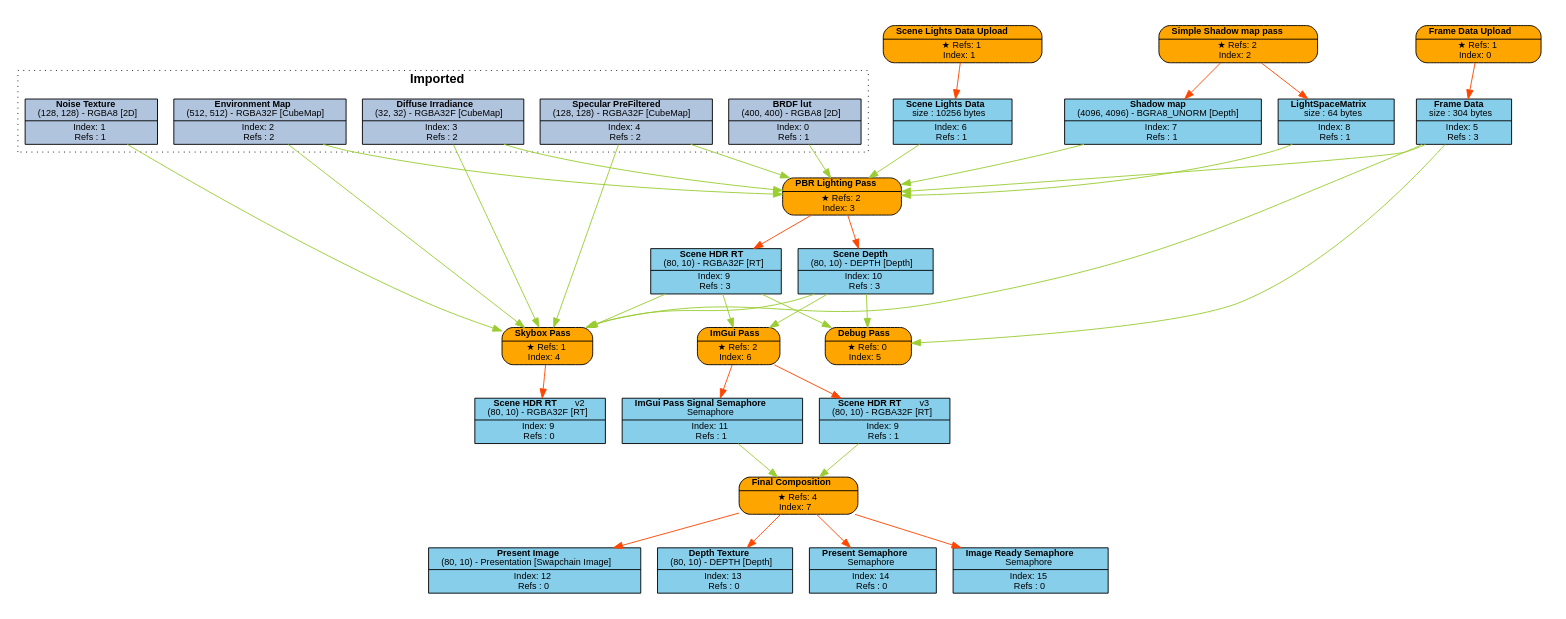
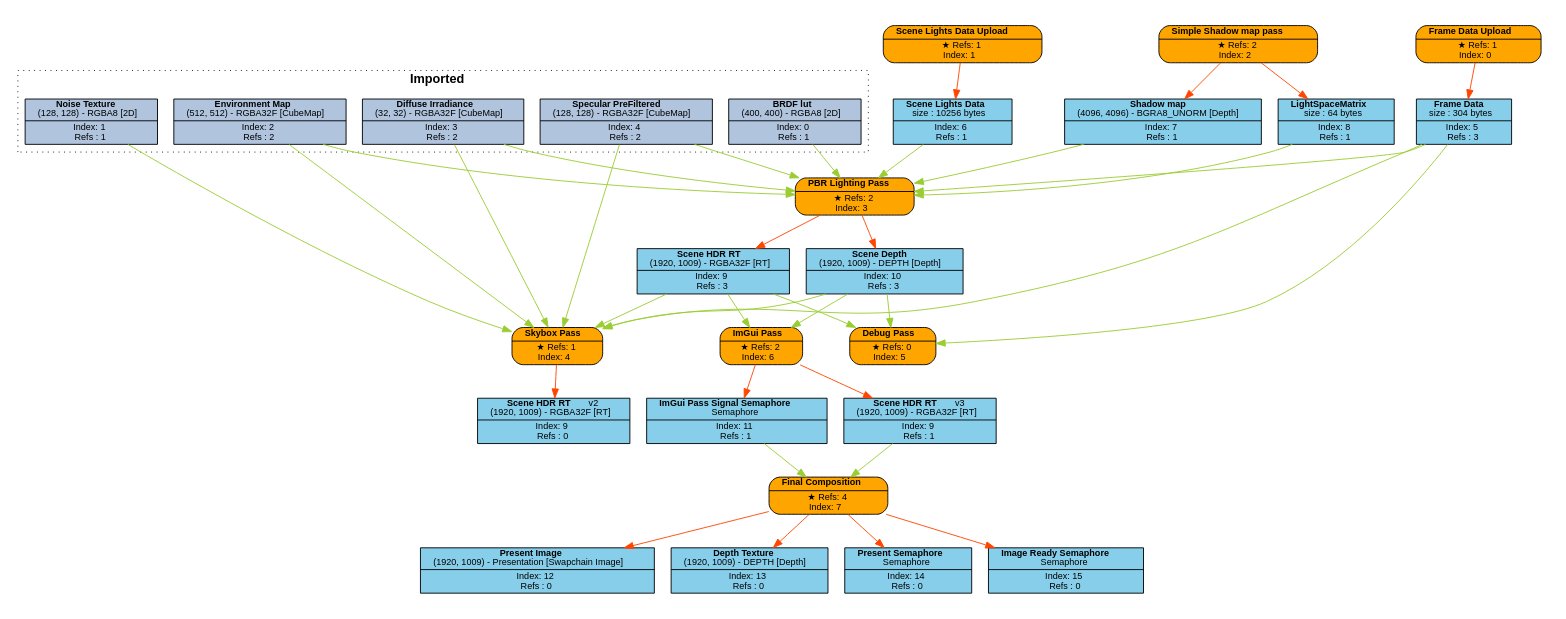
One commit to Pikachuxxxx/Razix changed the diagram in Engine/content/FrameGraphs/pbr_lighting_test.dot. Above: the diagram before and after it, drawn with Graphviz. The commit also changed 51 other files, not shown here.

```diff
--- a/Engine/content/FrameGraphs/pbr_lighting_test.dot
+++ b/Engine/content/FrameGraphs/pbr_lighting_test.dot
@@ -1,91 +1,91 @@
 digraph FrameGraph {
 graph [style=invis, rankdir="TB" ordering=out, splines=spline]
 node [shape=record, fontname="helvetica", fontsize=10, margin="0.2,0.03"]
 
 P0 [label=<{ {<B>Frame Data Upload</B>} | {&#x2605; Refs: 1<BR/> Index: 0} }> style="rounded,filled", fillcolor=orange]
 P1 [label=<{ {<B>Scene Lights Data Upload</B>} | {&#x2605; Refs: 1<BR/> Index: 1} }> style="rounded,filled", fillcolor=orange]
 P2 [label=<{ {<B>Simple Shadow map pass</B>} | {&#x2605; Refs: 2<BR/> Index: 2} }> style="rounded,filled", fillcolor=orange]
 P3 [label=<{ {<B>PBR Lighting Pass</B>} | {&#x2605; Refs: 2<BR/> Index: 3} }> style="rounded,filled", fillcolor=orange]
 P4 [label=<{ {<B>Skybox Pass</B>} | {&#x2605; Refs: 1<BR/> Index: 4} }> style="rounded,filled", fillcolor=orange]
 P5 [label=<{ {<B>Debug Pass</B>} | {&#x2605; Refs: 0<BR/> Index: 5} }> style="rounded,filled", fillcolor=orange]
 P6 [label=<{ {<B>ImGui Pass</B>} | {&#x2605; Refs: 2<BR/> Index: 6} }> style="rounded,filled", fillcolor=orange]
 P7 [label=<{ {<B>Final Composition</B>} | {&#x2605; Refs: 4<BR/> Index: 7} }> style="rounded,filled", fillcolor=orange]
 
 R0_1 [label=<{ {<B>BRDF lut</B><BR/>(400, 400) - RGBA8 [2D]} | {Index: 0<BR/>Refs : 1} }> style=filled, fillcolor=lightsteelblue]
 R1_1 [label=<{ {<B>Noise Texture</B><BR/>(128, 128) - RGBA8 [2D]} | {Index: 1<BR/>Refs : 1} }> style=filled, fillcolor=lightsteelblue]
 R2_1 [label=<{ {<B>Environment Map</B><BR/>(512, 512) - RGBA32F [CubeMap]} | {Index: 2<BR/>Refs : 2} }> style=filled, fillcolor=lightsteelblue]
 R3_1 [label=<{ {<B>Diffuse Irradiance</B><BR/>(32, 32) - RGBA32F [CubeMap]} | {Index: 3<BR/>Refs : 2} }> style=filled, fillcolor=lightsteelblue]
 R4_1 [label=<{ {<B>Specular PreFiltered</B><BR/>(128, 128) - RGBA32F [CubeMap]} | {Index: 4<BR/>Refs : 2} }> style=filled, fillcolor=lightsteelblue]
 R5_1 [label=<{ {<B>Frame Data</B><BR/>size : 304 bytes} | {Index: 5<BR/>Refs : 3} }> style=filled, fillcolor=skyblue]
 R6_1 [label=<{ {<B>Scene Lights Data</B><BR/>size : 10256 bytes} | {Index: 6<BR/>Refs : 1} }> style=filled, fillcolor=skyblue]
 R7_1 [label=<{ {<B>Shadow map</B><BR/>(4096, 4096) - BGRA8_UNORM [Depth]} | {Index: 7<BR/>Refs : 1} }> style=filled, fillcolor=skyblue]
 R8_1 [label=<{ {<B>LightSpaceMatrix</B><BR/>size : 64 bytes} | {Index: 8<BR/>Refs : 1} }> style=filled, fillcolor=skyblue]
-R9_1 [label=<{ {<B>Scene HDR RT</B><BR/>(80, 10) - RGBA32F [RT]} | {Index: 9<BR/>Refs : 3} }> style=filled, fillcolor=skyblue]
-R10_1 [label=<{ {<B>Scene Depth</B><BR/>(80, 10) - DEPTH [Depth]} | {Index: 10<BR/>Refs : 3} }> style=filled, fillcolor=skyblue]
-R9_2 [label=<{ {<B>Scene HDR RT</B>   <FONT>v2</FONT><BR/>(80, 10) - RGBA32F [RT]} | {Index: 9<BR/>Refs : 0} }> style=filled, fillcolor=skyblue]
+R9_1 [label=<{ {<B>Scene HDR RT</B><BR/>(1920, 1009) - RGBA32F [RT]} | {Index: 9<BR/>Refs : 3} }> style=filled, fillcolor=skyblue]
+R10_1 [label=<{ {<B>Scene Depth</B><BR/>(1920, 1009) - DEPTH [Depth]} | {Index: 10<BR/>Refs : 3} }> style=filled, fillcolor=skyblue]
+R9_2 [label=<{ {<B>Scene HDR RT</B>   <FONT>v2</FONT><BR/>(1920, 1009) - RGBA32F [RT]} | {Index: 9<BR/>Refs : 0} }> style=filled, fillcolor=skyblue]
 R11_1 [label=<{ {<B>ImGui Pass Signal Semaphore</B><BR/>Semaphore} | {Index: 11<BR/>Refs : 1} }> style=filled, fillcolor=skyblue]
-R9_3 [label=<{ {<B>Scene HDR RT</B>   <FONT>v3</FONT><BR/>(80, 10) - RGBA32F [RT]} | {Index: 9<BR/>Refs : 1} }> style=filled, fillcolor=skyblue]
-R12_1 [label=<{ {<B>Present Image</B><BR/>(80, 10) - Presentation [Swapchain Image]} | {Index: 12<BR/>Refs : 0} }> style=filled, fillcolor=skyblue]
-R13_1 [label=<{ {<B>Depth Texture</B><BR/>(80, 10) - DEPTH [Depth]} | {Index: 13<BR/>Refs : 0} }> style=filled, fillcolor=skyblue]
+R9_3 [label=<{ {<B>Scene HDR RT</B>   <FONT>v3</FONT><BR/>(1920, 1009) - RGBA32F [RT]} | {Index: 9<BR/>Refs : 1} }> style=filled, fillcolor=skyblue]
+R12_1 [label=<{ {<B>Present Image</B><BR/>(1920, 1009) - Presentation [Swapchain Image]} | {Index: 12<BR/>Refs : 0} }> style=filled, fillcolor=skyblue]
+R13_1 [label=<{ {<B>Depth Texture</B><BR/>(1920, 1009) - DEPTH [Depth]} | {Index: 13<BR/>Refs : 0} }> style=filled, fillcolor=skyblue]
 R14_1 [label=<{ {<B>Present Semaphore</B><BR/>Semaphore} | {Index: 14<BR/>Refs : 0} }> style=filled, fillcolor=skyblue]
 R15_1 [label=<{ {<B>Image Ready Semaphore</B><BR/>Semaphore} | {Index: 15<BR/>Refs : 0} }> style=filled, fillcolor=skyblue]
 
 P0 -> { R5_1 } [color=orangered]
 P1 -> { R6_1 } [color=orangered]
 P2 -> { R7_1 R8_1 } [color=orangered]
 P3 -> { R9_1 R10_1 } [color=orangered]
 P4 -> { R9_2 } [color=orangered]
 P5 -> { } [color=orangered]
 P6 -> { R9_3 R11_1 } [color=orangered]
 P7 -> { R12_1 R13_1 R14_1 R15_1 } [color=orangered]
 
 R0_1 -> { P3 } [color=olivedrab3]
 R1_1 -> { P4 } [color=olivedrab3]
 R2_1 -> { P3 P4 } [color=olivedrab3]
 R3_1 -> { P3 P4 } [color=olivedrab3]
 R4_1 -> { P3 P4 } [color=olivedrab3]
 R5_1 -> { P3 P4 P5 } [color=olivedrab3]
 R6_1 -> { P3 } [color=olivedrab3]
 R7_1 -> { P3 } [color=olivedrab3]
 R8_1 -> { P3 } [color=olivedrab3]
 R9_1 -> { P4 P5 P6 } [color=olivedrab3]
 R10_1 -> { P4 P5 P6 } [color=olivedrab3]
 R9_2 -> { } [color=olivedrab3]
 R11_1 -> { P7 } [color=olivedrab3]
 R9_3 -> { P7 } [color=olivedrab3]
 R12_1 -> { } [color=olivedrab3]
 R13_1 -> { } [color=olivedrab3]
 R14_1 -> { } [color=olivedrab3]
 R15_1 -> { } [color=olivedrab3]
 
 subgraph cluster_0 {
 P0 R5_1 
 }
 subgraph cluster_1 {
 P1 R6_1 
 }
 subgraph cluster_2 {
 P2 R7_1 R8_1 
 }
 subgraph cluster_3 {
 P3 R9_1 R10_1 
 }
 subgraph cluster_4 {
 P4 
 }
 subgraph cluster_5 {
 P5 
 }
 subgraph cluster_6 {
 P6 R11_1 
 }
 subgraph cluster_7 {
 P7 R12_1 R13_1 R14_1 R15_1 
 }
 
 subgraph cluster_imported_resources {
 graph [style=dotted, fontname="helvetica", label=< <B>Imported</B> >]
 R0_1 R1_1 R2_1 R3_1 R4_1 
 }
 
 }
```
